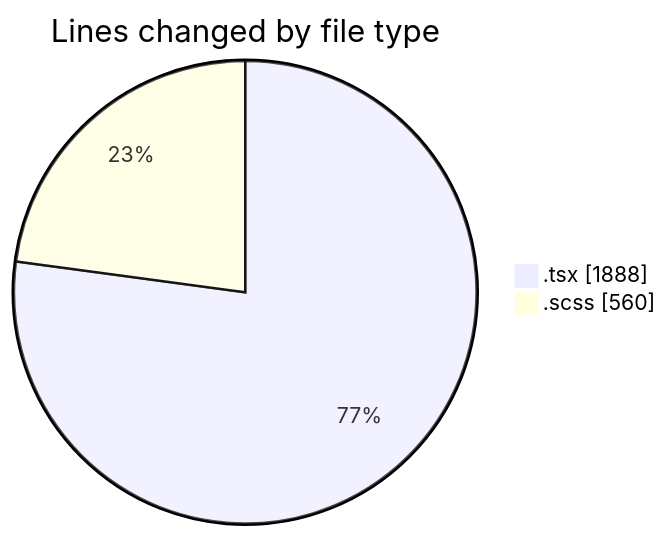
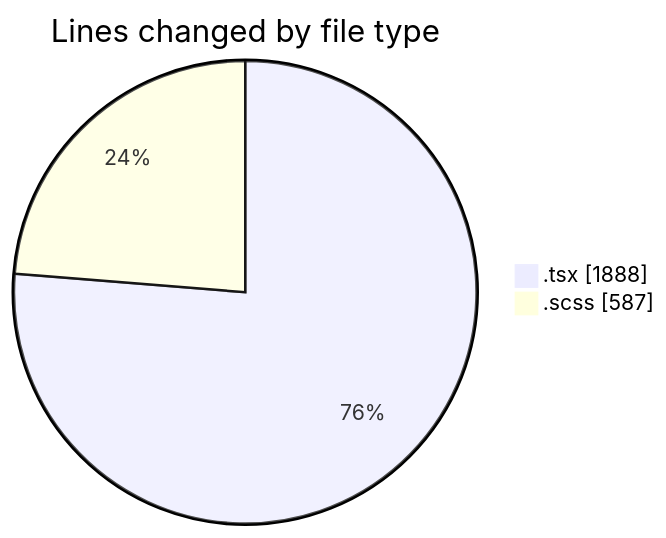
One commit to momahboobian/code-tracking changed the first of 2 diagrams in 2025-04-07/cda/README.md. Above: the diagram before and after it, drawn with Mermaid. The commit also changed other lines of this file and 1 other file, not shown here.

````diff
--- a/2025-04-07/cda/README.md
+++ b/2025-04-07/cda/README.md
@@ -27,6 +27,6 @@
 ```mermaid
 pie showData
 title Lines changed by file type
 ".tsx" : 1888
-".scss" : 560
+".scss" : 587
 ```
````
